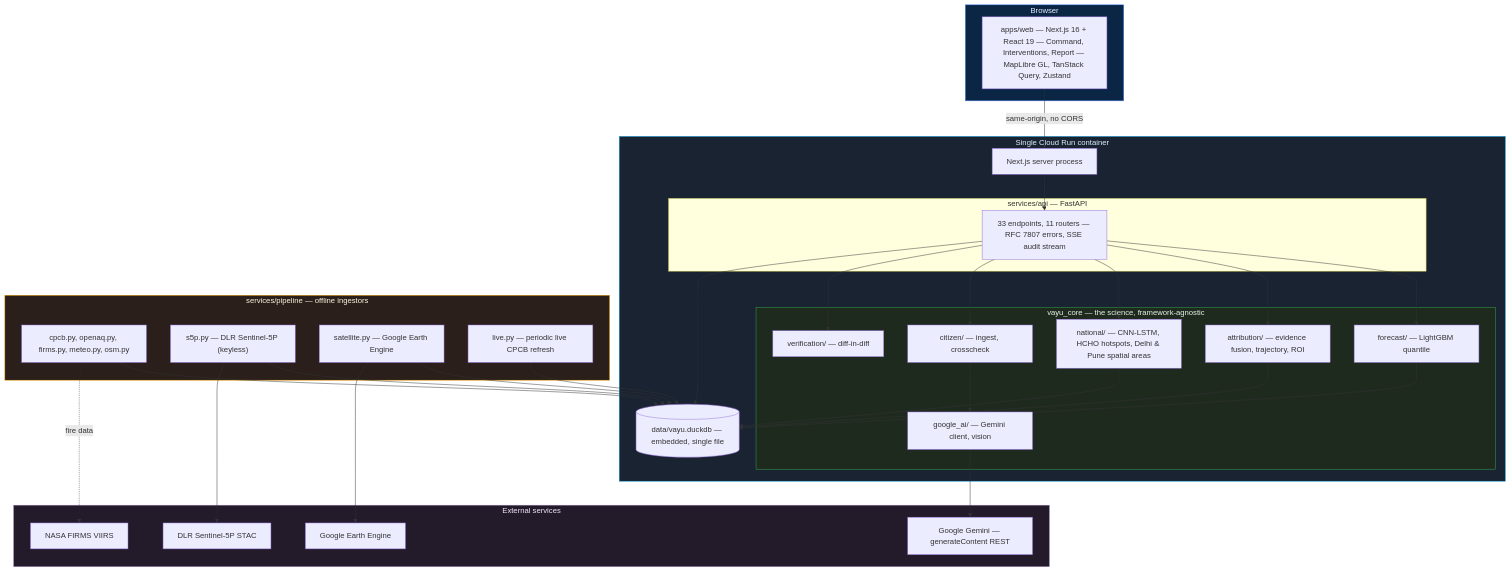
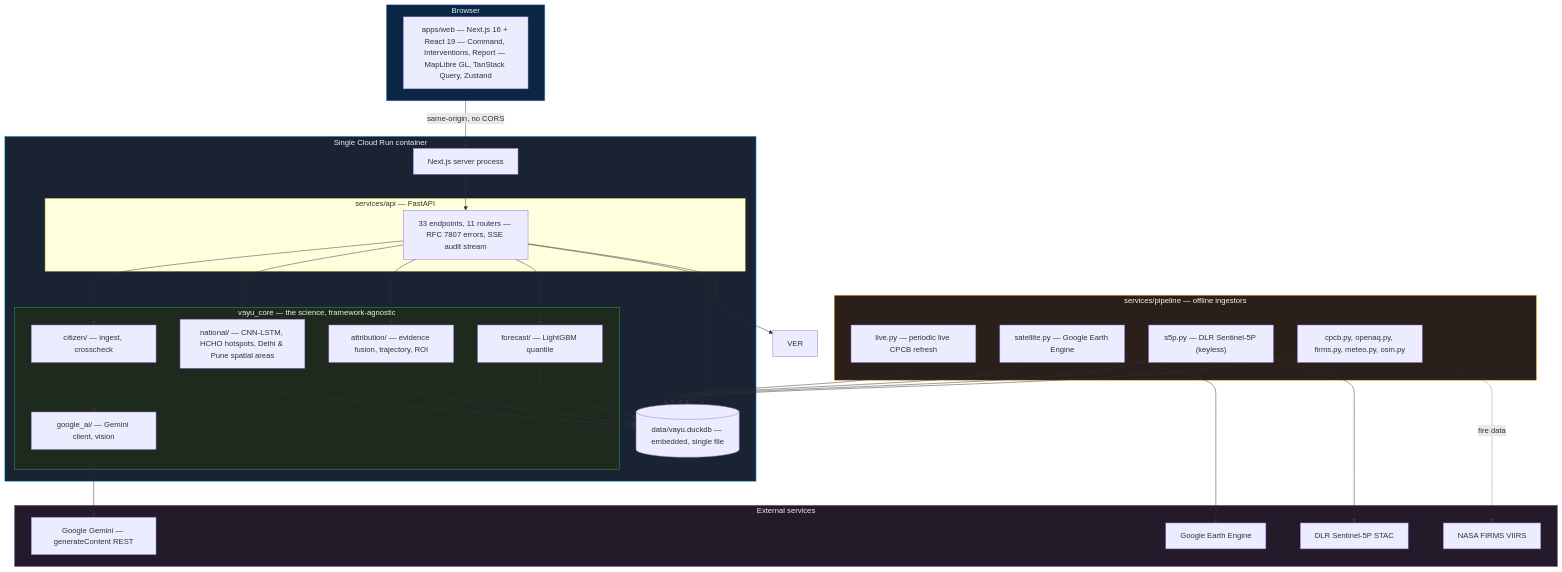
Before and after one commit to ashoka0402/final_year_project: the second of 5 diagrams in README.md, drawn with Mermaid. The commit also changed other lines of this file, not shown here.

Commit message:
Remove remaining retired verification references

````diff
--- a/README.md
+++ b/README.md
@@ -189,52 +189,51 @@
 ```mermaid
 flowchart TB
     subgraph client["Browser"]
         WEB["apps/web — Next.js 16 + React 19 — Command, Interventions, Report — MapLibre GL, TanStack Query, Zustand"]
     end
 
     subgraph container["Single Cloud Run container"]
         NEXTPROC["Next.js server process"]
         subgraph api["services/api — FastAPI"]
             ROUTERS["33 endpoints, 11 routers — RFC 7807 errors, SSE audit stream"]
         end
         subgraph core["vayu_core — the science, framework-agnostic"]
             FC["forecast/ — LightGBM quantile"]
             ATTR["attribution/ — evidence fusion, trajectory, ROI"]
             NAT["national/ — CNN-LSTM, HCHO hotspots, Delhi & Pune spatial areas"]
             CIT["citizen/ — ingest, crosscheck"]
             GAI["google_ai/ — Gemini client, vision"]
-            VER["verification/ — diff-in-diff"]
         end
         DB[("data/vayu.duckdb — embedded, single file")]
     end
 
     subgraph pipe["services/pipeline — offline ingestors"]
         CPCB["cpcb.py, openaq.py, firms.py, meteo.py, osm.py"]
         S5P["s5p.py — DLR Sentinel-5P (keyless)"]
         SAT["satellite.py — Google Earth Engine"]
         LIVE["live.py — periodic live CPCB refresh"]
     end
 
     subgraph ext["External services"]
         GEMINI["Google Gemini — generateContent REST"]
         GEEEXT["Google Earth Engine"]
         DLR["DLR Sentinel-5P STAC"]
         FIRMSX["NASA FIRMS VIIRS"]
     end
 
     WEB -->|"same-origin, no CORS"| NEXTPROC --> ROUTERS
     ROUTERS --> FC & ATTR & NAT & CIT & VER
     CIT --> GAI --> GEMINI
     FC & ATTR & NAT --> DB
     ROUTERS --> DB
     CPCB & S5P & SAT & LIVE --> DB
     SAT --> GEEEXT
     S5P --> DLR
     CPCB -.fire data.-> FIRMSX
 
     style client fill:#0b2545,stroke:#4285F4,color:#e8f0fe
     style container fill:#1a2332,stroke:#0ea5e9,color:#e0f2fe
     style core fill:#1f2a1f,stroke:#34A853,color:#e6f4ea
     style pipe fill:#2a1f1a,stroke:#F9AB00,color:#fef7e0
     style ext fill:#231a2a,stroke:#8E75B2,color:#f3e8ff
 ```
````
